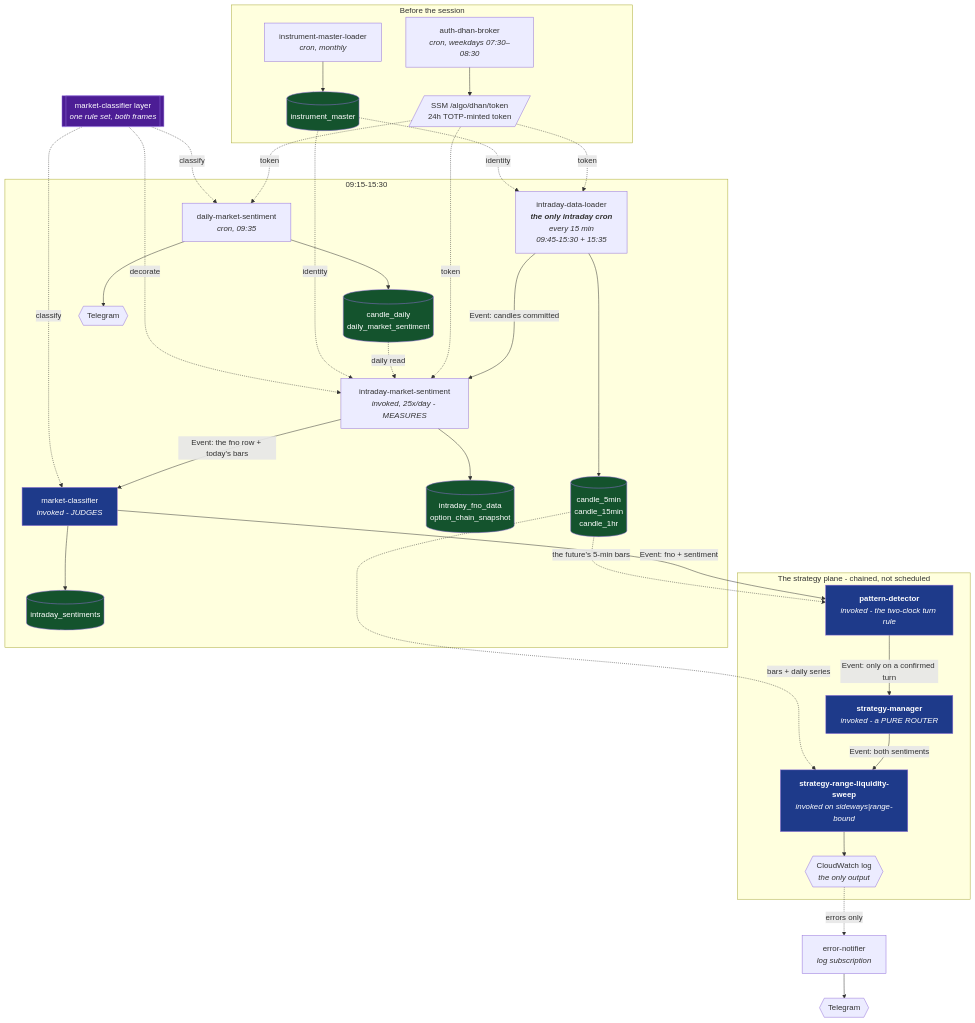
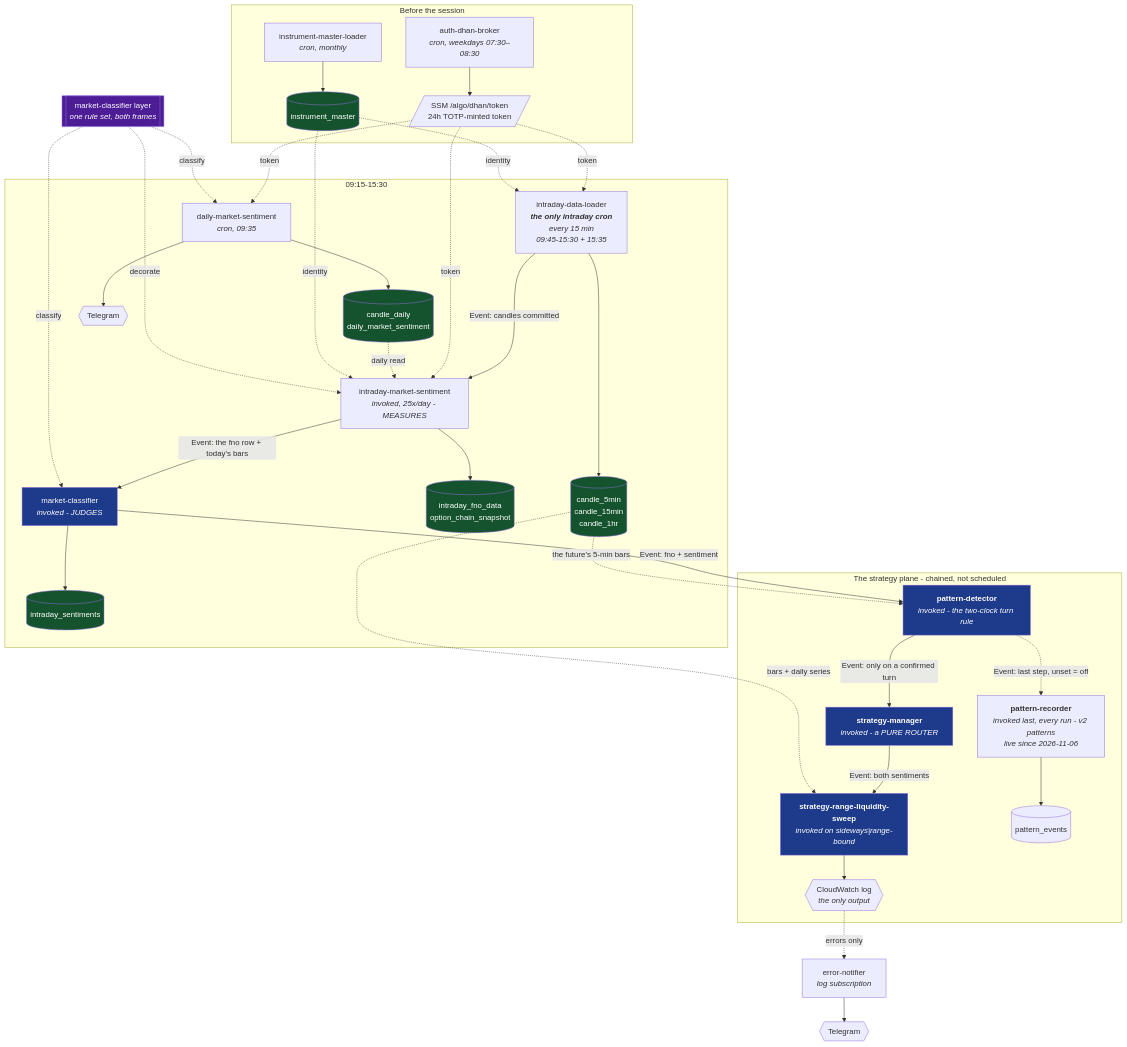
One commit to amar7585/aws-algo-claude changed the first of 7 diagrams in docs/flow.md. Above: the diagram before and after it, drawn with Mermaid. The commit also changed other lines of this file and 35 other files, not shown here.

First line of the commit message:
pattern-recorder: run v2 live, record patterns to algo.pattern_events

````diff
--- a/docs/flow.md
+++ b/docs/flow.md
@@ -10,58 +10,60 @@
 ```mermaid
 flowchart TD
     subgraph BEFORE["Before the session"]
         AUTH["auth-dhan-broker<br/><i>cron, weekdays 07:30–08:30</i>"] --> SSM[/"SSM /algo/dhan/token<br/>24h TOTP-minted token"/]
         LOADER["instrument-master-loader<br/><i>cron, monthly</i>"] --> IM[("instrument_master")]
     end
 
     subgraph SESSION["09:15-15:30"]
         DAILY["daily-market-sentiment<br/><i>cron, 09:35</i>"] --> DTBL[("candle_daily<br/>daily_market_sentiment")]
         DAILY --> TG1{{"Telegram"}}
 
         CANDLES["intraday-data-loader<br/><i><b>the only intraday cron</b><br/>every 15 min<br/>09:45-15:30 + 15:35</i>"] --> CTBL[("candle_5min<br/>candle_15min<br/>candle_1hr")]
 
         SENT["intraday-market-sentiment<br/><i>invoked, 25x/day - MEASURES</i>"] --> STBL[("intraday_fno_data<br/>option_chain_snapshot")]
         CLSF["market-classifier<br/><i>invoked - JUDGES</i>"] --> SENTBL[("intraday_sentiments")]
     end
 
     subgraph STRAT["The strategy plane - chained, not scheduled"]
         PD["<b>pattern-detector</b><br/><i>invoked - the two-clock turn rule</i>"]
         MGR["<b>strategy-manager</b><br/><i>invoked - a PURE ROUTER</i>"]
         SWEEP["<b>strategy-range-liquidity-sweep</b><br/><i>invoked on sideways|range-bound</i>"]
+        REC["<b>pattern-recorder</b><br/><i>invoked last, every run - v2 patterns<br/>live since 2026-11-06</i>"] --> PEV[("pattern_events")]
         PD -->|"Event: only on a confirmed turn"| MGR
+        PD -.->|"Event: last step, unset = off"| REC
         MGR -->|"Event: both sentiments"| SWEEP
         SWEEP --> LOG{{"CloudWatch log<br/><i>the only output</i>"}}
     end
 
     CANDLES -->|"Event: candles committed"| SENT
     SENT -->|"Event: the fno row + today's bars"| CLSF
     CLSF -->|"Event: fno + sentiment"| PD
 
     SSM -.token.-> DAILY
     SSM -.token.-> CANDLES
     SSM -.token.-> SENT
     CTBL -.the future's 5-min bars.-> PD
     CTBL -.bars + daily series.-> SWEEP
     DTBL -.daily read.-> SENT
     IM -.identity.-> CANDLES
     IM -.identity.-> SENT
 
     CLS[["market-classifier layer<br/><i>one rule set, both frames</i>"]]
     CLS -.decorate.-> SENT
     CLS -.classify.-> DAILY
     CLS -.classify.-> CLSF
     style CLS fill:#4c1d95,color:#fff
 
     ERR["error-notifier<br/><i>log subscription</i>"] --> TG2{{"Telegram"}}
     LOG -.errors only.-> ERR
 
     style STBL fill:#14532d,color:#fff
     style SENTBL fill:#14532d,color:#fff
     style CTBL fill:#14532d,color:#fff
     style DTBL fill:#14532d,color:#fff
     style IM fill:#14532d,color:#fff
     style CLSF fill:#1e3a8a,color:#fff
     style PD fill:#1e3a8a,color:#fff
     style MGR fill:#1e3a8a,color:#fff
     style SWEEP fill:#1e3a8a,color:#fff
 ```
````
